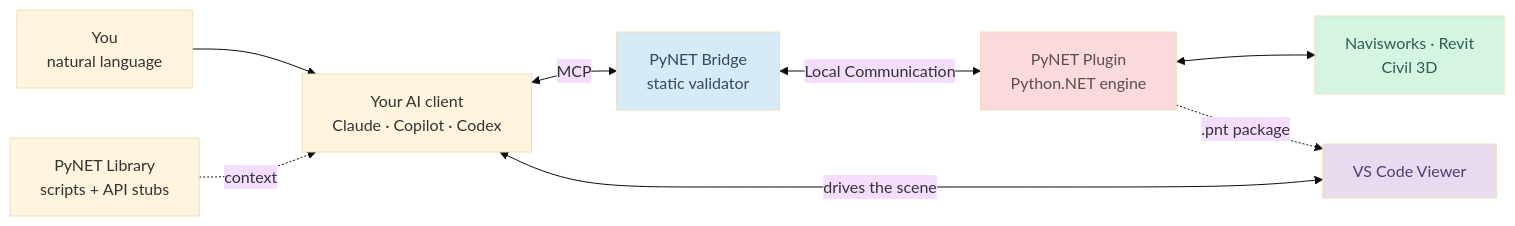
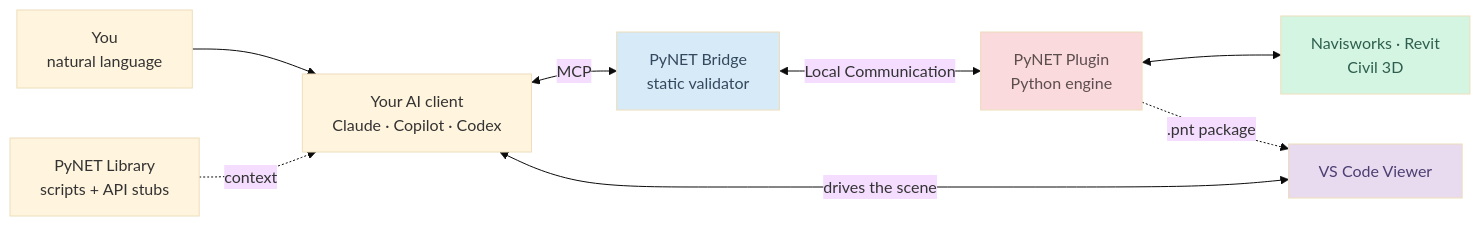
Before and after one commit to RAEN-DT/.github: the diagram in profile/README.md, drawn with Mermaid (base theme).

````diff
--- a/profile/README.md
+++ b/profile/README.md
@@ -32,15 +32,15 @@
 ```mermaid
 flowchart LR
     U["You<br/>natural language"] --> AI["Your AI client<br/>Claude · Copilot · Codex"]
     AI <-->|MCP| B["PyNET Bridge<br/>static validator"]
-    B <-->|Local Communication| P["PyNET Plugin<br/>Python.NET engine"]
+    B <-->|Local Communication| P["PyNET Plugin<br/>Python engine"]
     P <--> H["Navisworks · Revit<br/>Civil 3D"]
     L["PyNET Library<br/>scripts + API stubs"] -.->|context| AI
     P -.->|.pnt package| V["VS Code Viewer"]
     AI <-->|drives the scene| V
 
 style B fill:#D6EAF8,color:#34495E
 style P fill:#FADADD,color:#5D4E4E
 style H fill:#D5F5E3,color:#2E5E4E
 style V fill:#E8DAEF,color:#4B3F72
 ```
````
